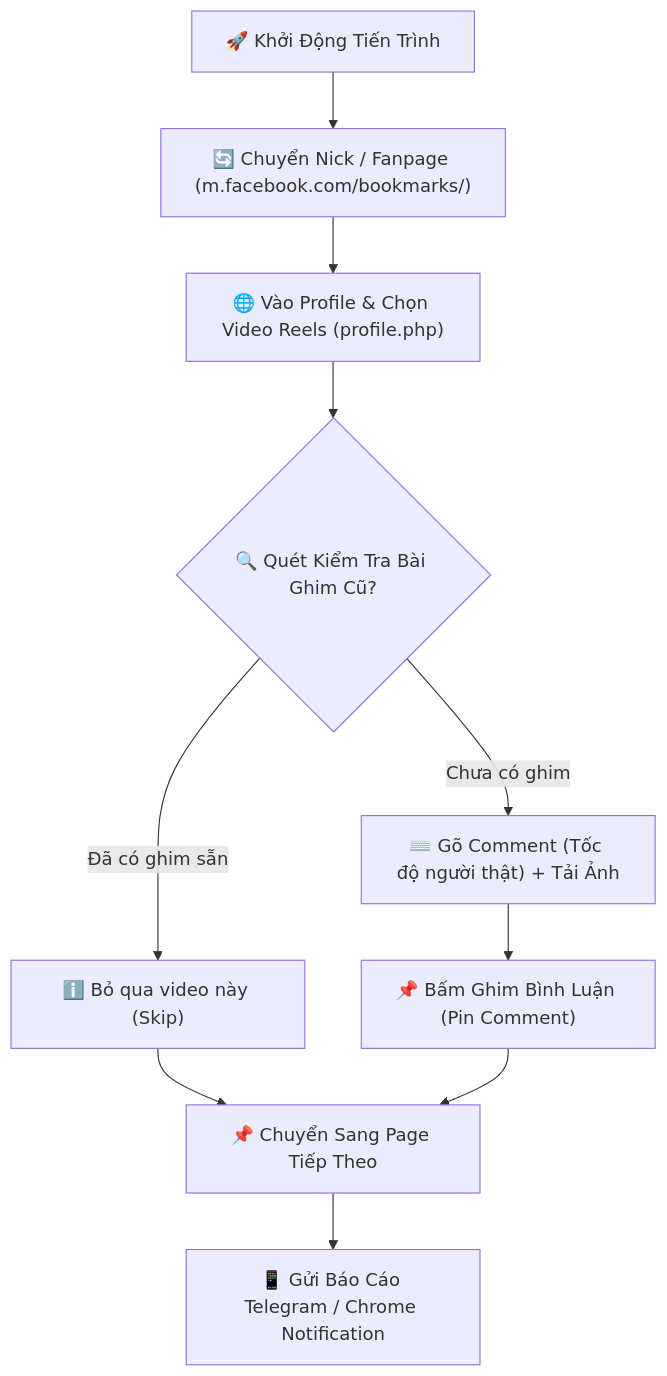
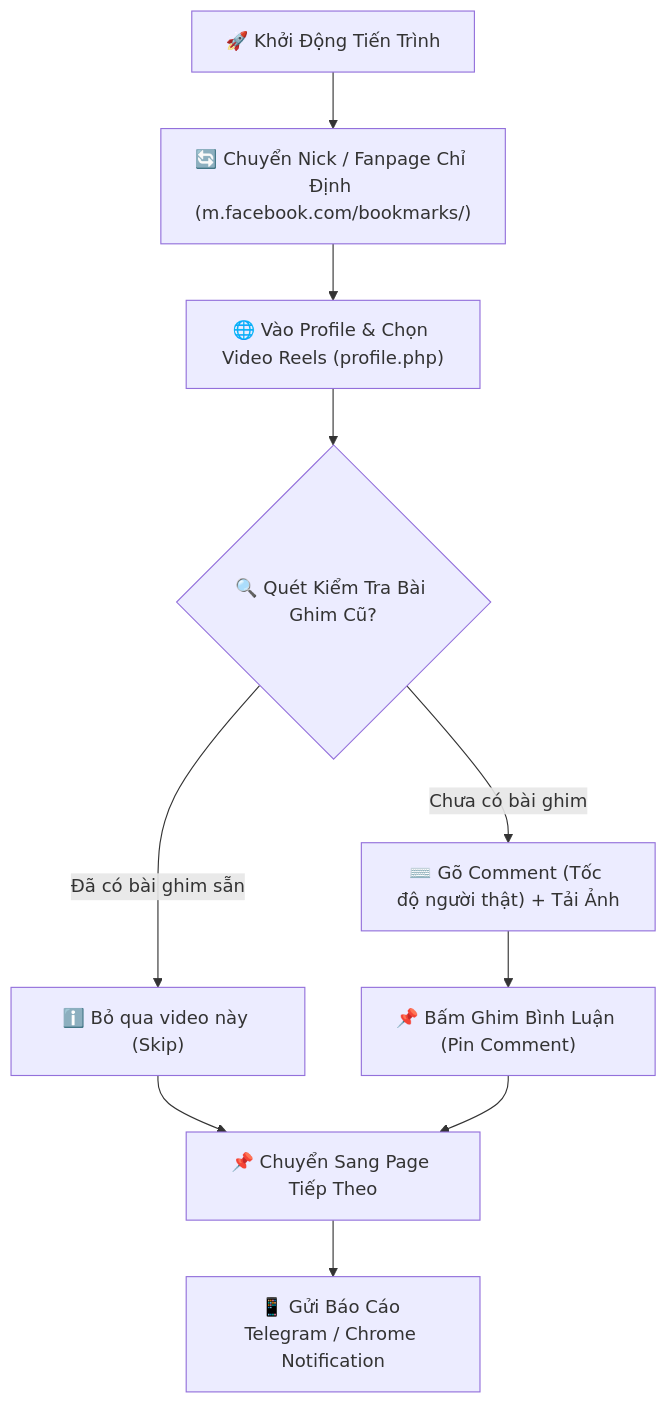
The diagram in README.md (nguyenthithao90ak-oss/ghimbinhluanv1), drawn with Mermaid before and after one commit. The commit also changed other lines of this file, not shown here.

Commit message:
Cập nhật mục đích cốt lõi trong README.md: Bình luận & ghim bình luận trên tất cả các Page chỉ định chưa có bài ghim

````diff
--- a/README.md
+++ b/README.md
@@ -22,12 +25,12 @@
 ```mermaid
 graph TD
-    A["🚀 Khởi Động Tiến Trình"] --> B["🔄 Chuyển Nick / Fanpage (m.facebook.com/bookmarks/)"]
+    A["🚀 Khởi Động Tiến Trình"] --> B["🔄 Chuyển Nick / Fanpage Chỉ Định (m.facebook.com/bookmarks/)"]
     B --> C["🌐 Vào Profile & Chọn Video Reels (profile.php)"]
     C --> D{"🔍 Quét Kiểm Tra Bài Ghim Cũ?"}
-    D -- "Đã có ghim sẵn" --> E["ℹ️ Bỏ qua video này (Skip)"]
-    D -- "Chưa có ghim" --> F["⌨️ Gõ Comment (Tốc độ người thật) + Tải Ảnh"]
+    D -- "Đã có bài ghim sẵn" --> E["ℹ️ Bỏ qua video này (Skip)"]
+    D -- "Chưa có bài ghim" --> F["⌨️ Gõ Comment (Tốc độ người thật) + Tải Ảnh"]
     F --> G["📌 Bấm Ghim Bình Luận (Pin Comment)"]
     E --> H["📌 Chuyển Sang Page Tiếp Theo"]
     G --> H
     H --> I["📱 Gửi Báo Cáo Telegram / Chrome Notification"]
 ```
````
